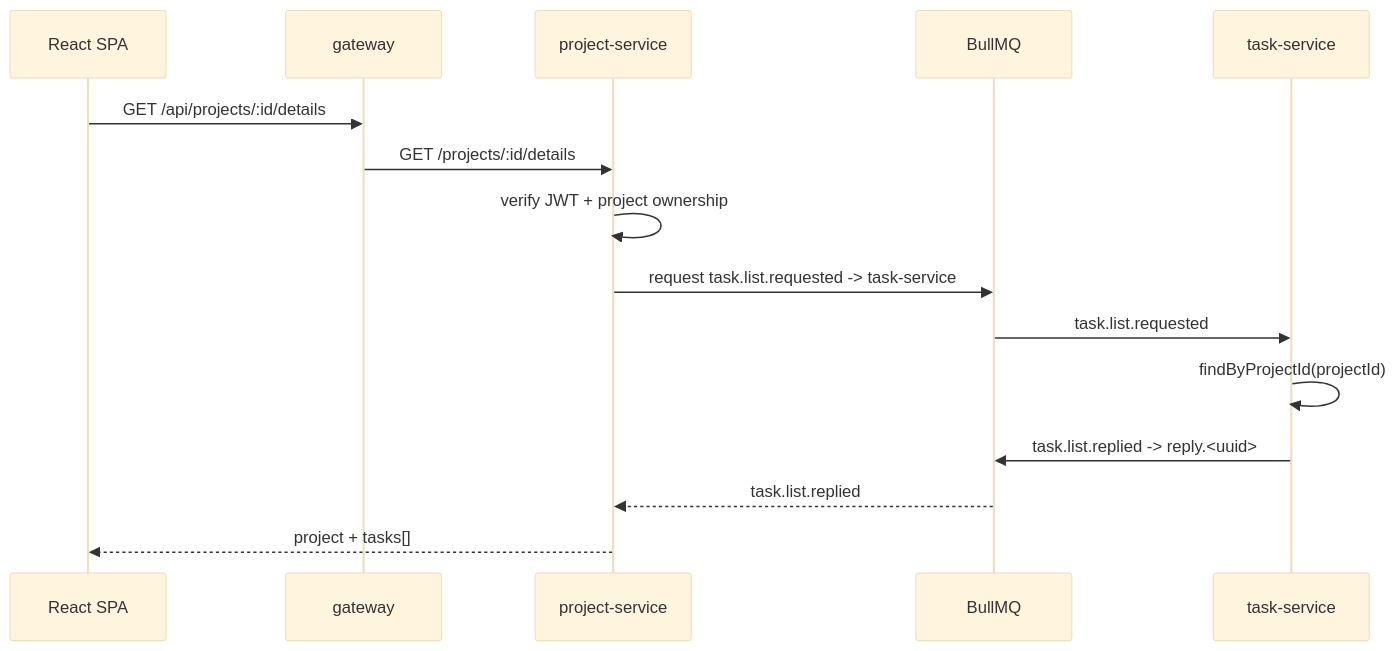
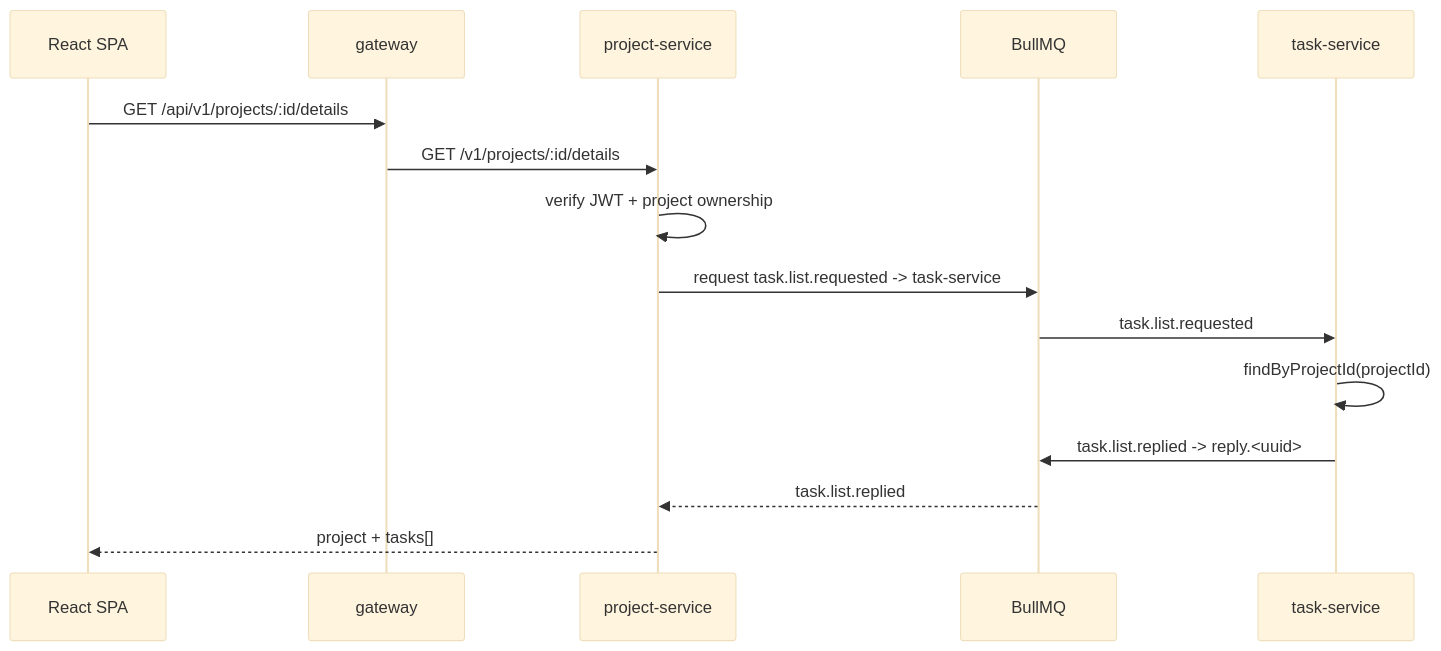
The fourth of 5 diagrams in docs/technical/architecture.md (Tres7/projet-archi-to-do-list), drawn with Mermaid (base theme) before and after one commit. The commit also changed other lines of this file and 13 other files, not shown here.

````diff
--- a/docs/technical/architecture.md
+++ b/docs/technical/architecture.md
@@ -302,18 +314,18 @@
 ```mermaid
 sequenceDiagram
     participant UI as React SPA
     participant GW as gateway
     participant PROJ as project-service
     participant BUS as BullMQ
     participant TASK as task-service
 
-    UI->>GW: GET /api/projects/:id/details
-    GW->>PROJ: GET /projects/:id/details
+    UI->>GW: GET /api/v1/projects/:id/details
+    GW->>PROJ: GET /v1/projects/:id/details
     PROJ->>PROJ: verify JWT + project ownership
     PROJ->>BUS: request task.list.requested -> task-service
     BUS->>TASK: task.list.requested
     TASK->>TASK: findByProjectId(projectId)
     TASK->>BUS: task.list.replied -> reply.<uuid>
     BUS-->>PROJ: task.list.replied
     PROJ-->>UI: project + tasks[]
 ```
````
